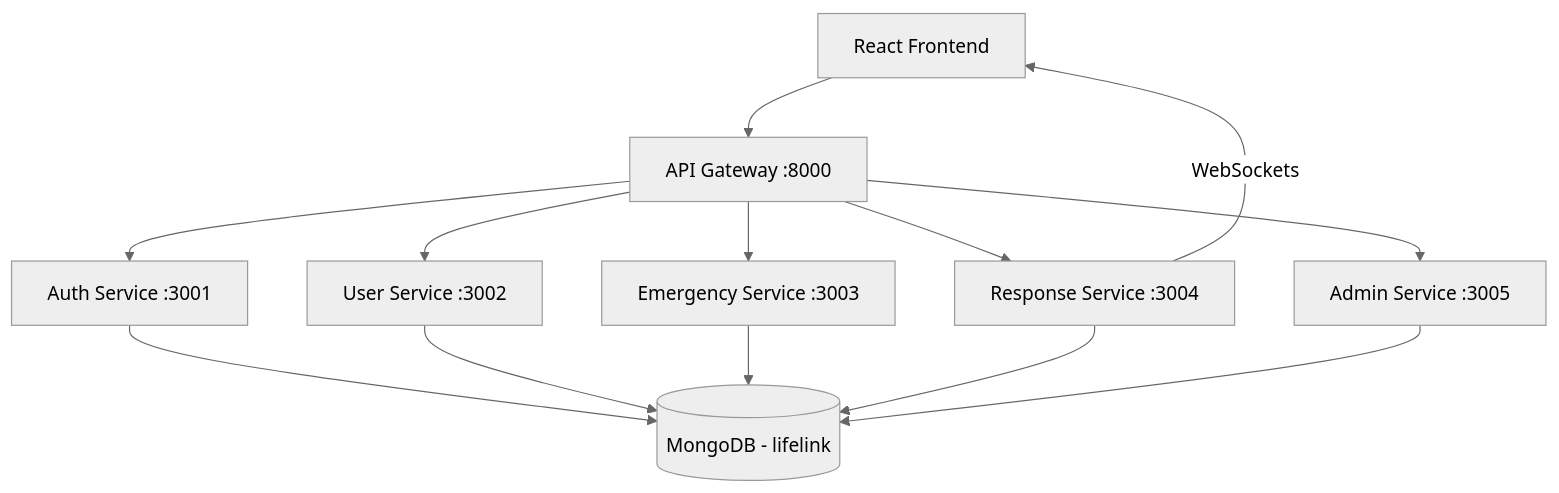
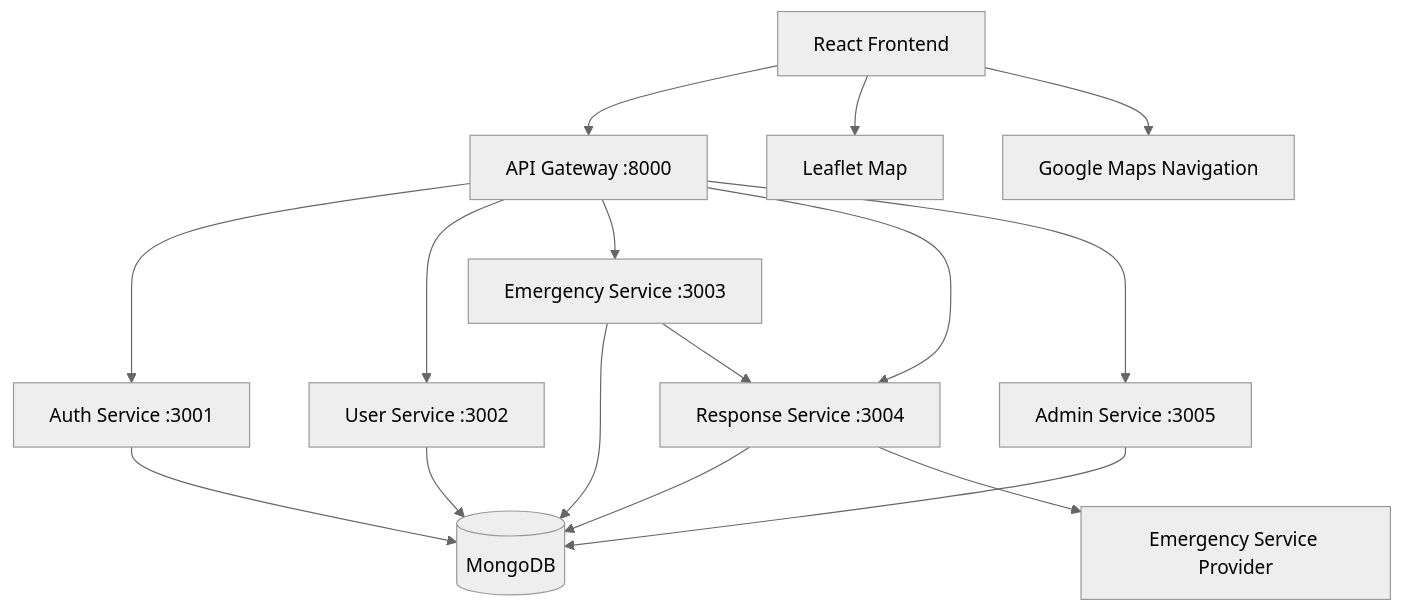
One commit to Parthuhh007/lifelink-emergency-dispatch changed the diagram in README.md. Above: the diagram before and after it, drawn with Mermaid (neutral theme). The commit also changed other lines of this file and 4 other files, not shown here.

````diff
--- a/README.md
+++ b/README.md
@@ -7,18 +91,25 @@
 ```mermaid
 graph TD
-    Client[React Frontend] --> Gateway[API Gateway :8000]
-    
+
+    Client[React Frontend]
+
+    Client --> Gateway[API Gateway :8000]
+
     Gateway --> Auth[Auth Service :3001]
     Gateway --> UserSvc[User Service :3002]
     Gateway --> EmergencySvc[Emergency Service :3003]
     Gateway --> ResponseSvc[Response Service :3004]
     Gateway --> AdminSvc[Admin Service :3005]
-    
-    ResponseSvc -- WebSockets --> Client
-    
-    Auth --> DB[(MongoDB - lifelink)]
+
+    Auth --> DB[(MongoDB)]
     UserSvc --> DB
     EmergencySvc --> DB
     ResponseSvc --> DB
     AdminSvc --> DB
+
+    Client --> Maps[Leaflet Map]
+    Client --> GoogleMaps[Google Maps Navigation]
+
+    EmergencySvc --> ResponseSvc
+    ResponseSvc --> ServiceProvider[Emergency Service Provider]
 ```
````
